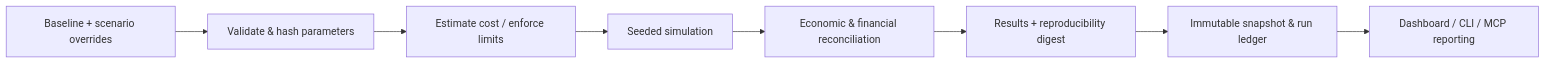
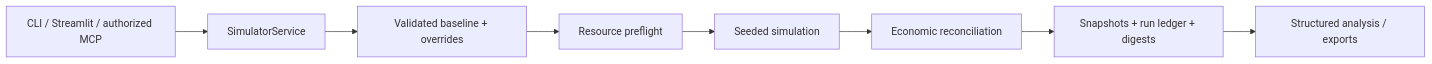
The first of 2 diagrams in README.md (userifw/fightex-economic-simulation-architecture), drawn with Mermaid before and after one commit. The commit also changed other lines of this file, not shown here.

Commit message:
docs: refresh public FIGHTEX architecture overview for approved-results MCP

````diff
--- a/README.md
+++ b/README.md
@@ -59,10 +22,10 @@
 ```mermaid
 flowchart LR
-    A["Baseline + scenario overrides"] --> B["Validate & hash parameters"]
-    B --> C["Estimate cost / enforce limits"]
-    C --> D["Seeded simulation"]
-    D --> E["Economic & financial reconciliation"]
-    E --> F["Results + reproducibility digest"]
-    F --> G["Immutable snapshot & run ledger"]
-    G --> H["Dashboard / CLI / MCP reporting"]
+  UI["CLI / Streamlit / authorized MCP"] --> SVC["SimulatorService"]
+  SVC --> CFG["Validated baseline + overrides"]
+  CFG --> LIMITS["Resource preflight"]
+  LIMITS --> RUN["Seeded simulation"]
+  RUN --> CHECKS["Economic reconciliation"]
+  CHECKS --> EVIDENCE["Snapshots + run ledger + digests"]
+  EVIDENCE --> REPORT["Structured analysis / exports"]
 ```
````
